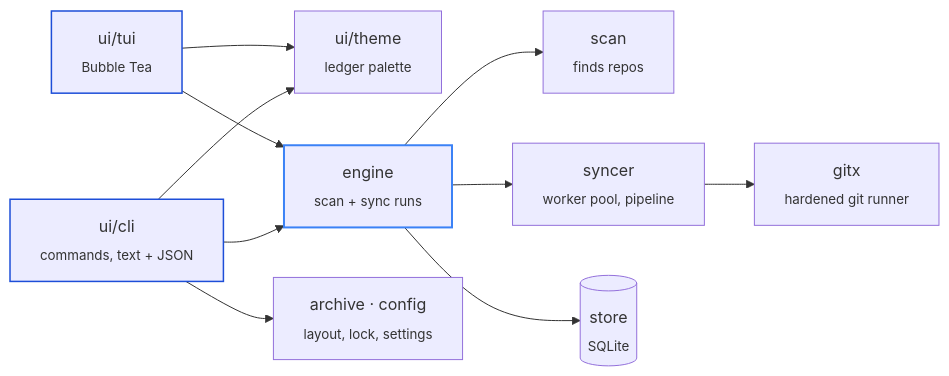
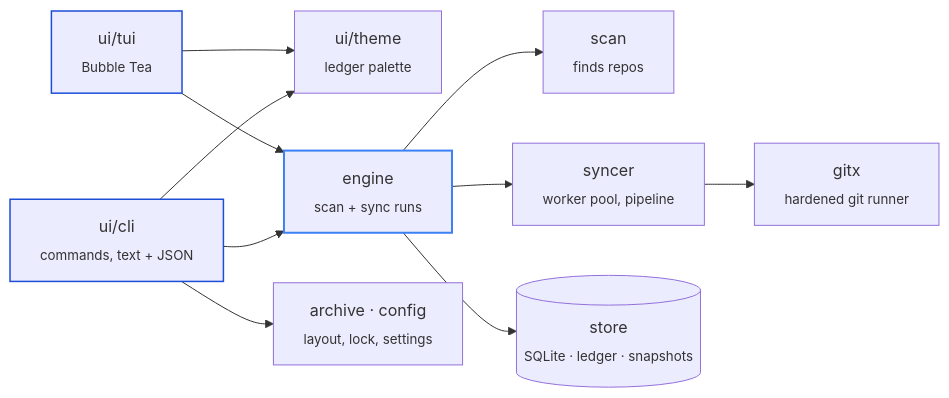
One commit to TTox-Tech/ChitraGit changed the diagram in README.md. Above: the diagram before and after it, drawn with Mermaid. The commit also changed other lines of this file and 3 other files, not shown here.

````diff
--- a/README.md
+++ b/README.md
@@ -329,25 +371,25 @@
 ```mermaid
 flowchart LR
   cli["ui/cli<br/><sub>commands, text + JSON</sub>"]:::ui
   tui["ui/tui<br/><sub>Bubble Tea</sub>"]:::ui
   theme["ui/theme<br/><sub>ledger palette</sub>"]
   engine["engine<br/><sub>scan + sync runs</sub>"]:::core
   scan["scan<br/><sub>finds repos</sub>"]
   syncer["syncer<br/><sub>worker pool, pipeline</sub>"]
   gitx["gitx<br/><sub>hardened git runner</sub>"]
-  store[("store<br/><sub>SQLite</sub>")]
+  store[("store<br/><sub>SQLite · ledger · snapshots</sub>")]
   archive["archive · config<br/><sub>layout, lock, settings</sub>"]
 
   cli --> engine
   tui --> engine
   cli --> theme
   tui --> theme
   cli --> archive
   engine --> scan
   engine --> syncer
   engine --> store
   syncer --> gitx
 
   classDef core stroke:#3B82F6,stroke-width:2px
   classDef ui stroke:#1D4ED8,stroke-width:1.5px
 ```
````
